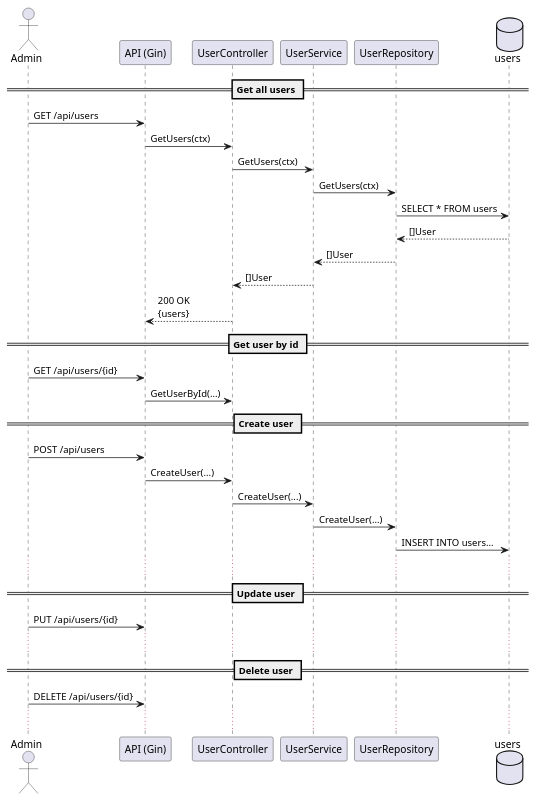
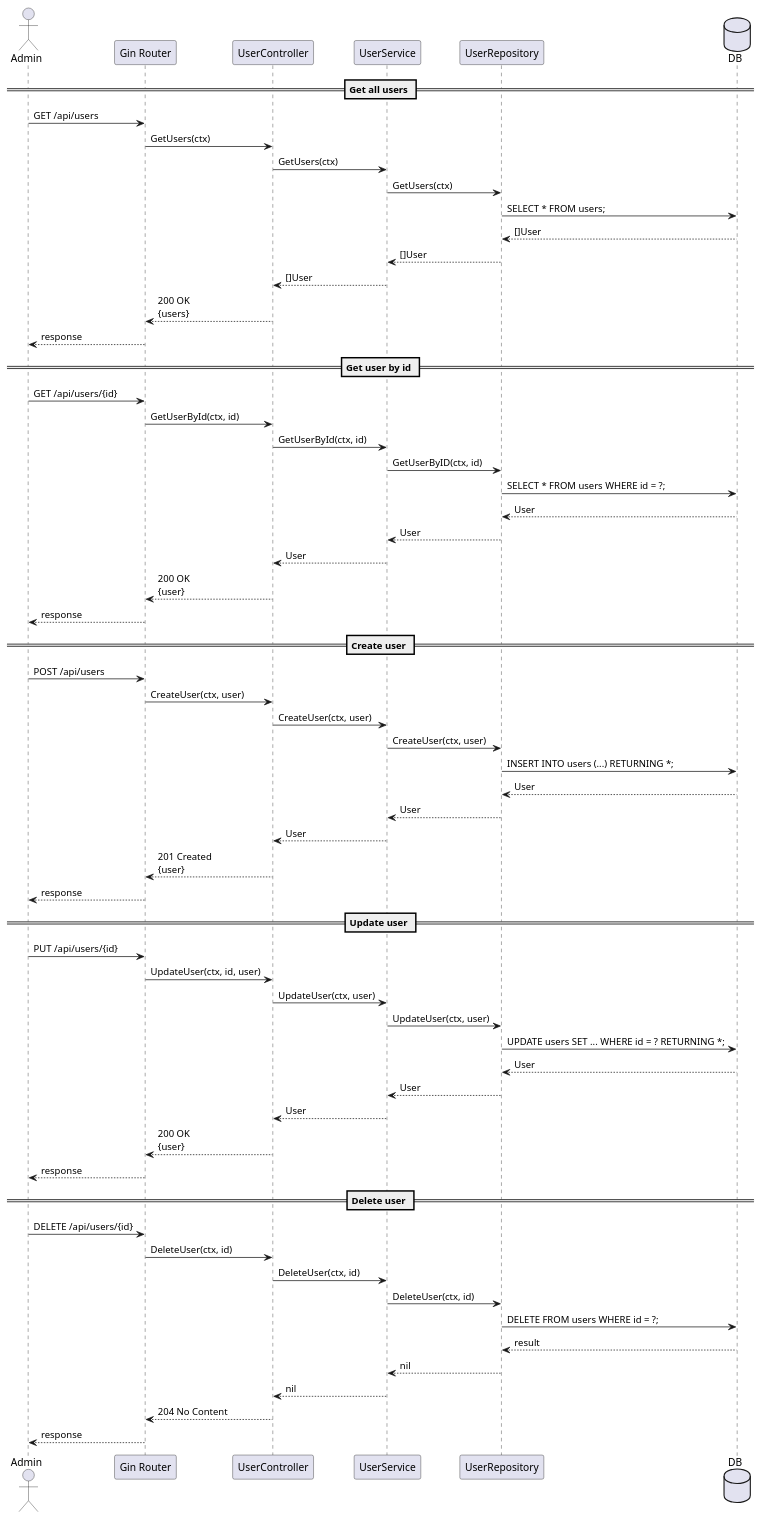
The diagram in diagram/crud_admin.puml (NurtileuRakhat/university_system), drawn with PlantUML before and after one commit. The commit also changed 76 other files, not shown here.

```diff
--- a/diagram/crud_admin.puml
+++ b/diagram/crud_admin.puml
@@ -1,39 +1,68 @@
 @startuml UserCRUD
 actor Admin
-participant "API (Gin)" as Api
+participant "Gin Router" as API
 participant UserController
 participant UserService
 participant UserRepository
-database users
+database DB
 
 == Get all users ==
-Admin -> Api: GET /api/users
-Api -> UserController: GetUsers(ctx)
+Admin -> API: GET /api/users
+API -> UserController: GetUsers(ctx)
 UserController -> UserService: GetUsers(ctx)
 UserService -> UserRepository: GetUsers(ctx)
-UserRepository -> users: SELECT * FROM users
-users --> UserRepository: []User
+UserRepository -> DB: SELECT * FROM users;
+DB --> UserRepository: []User
 UserRepository --> UserService: []User
 UserService --> UserController: []User
-UserController --> Api: 200 OK\n{users}
+UserController --> API: 200 OK\n{users}
+API --> Admin: response
 
 == Get user by id ==
-Admin -> Api: GET /api/users/{id}
-Api -> UserController: GetUserById(...)
+Admin -> API: GET /api/users/{id}
+API -> UserController: GetUserById(ctx, id)
+UserController -> UserService: GetUserById(ctx, id)
+UserService -> UserRepository: GetUserByID(ctx, id)
+UserRepository -> DB: SELECT * FROM users WHERE id = ?;
+DB --> UserRepository: User
+UserRepository --> UserService: User
+UserService --> UserController: User
+UserController --> API: 200 OK\n{user}
+API --> Admin: response
 
 == Create user ==
-Admin -> Api: POST /api/users
-Api -> UserController: CreateUser(...)
-UserController -> UserService: CreateUser(...)
-UserService -> UserRepository: CreateUser(...)
-UserRepository -> users: INSERT INTO users...
-...
+Admin -> API: POST /api/users
+API -> UserController: CreateUser(ctx, user)
+UserController -> UserService: CreateUser(ctx, user)
+UserService -> UserRepository: CreateUser(ctx, user)
+UserRepository -> DB: INSERT INTO users (...) RETURNING *;
+DB --> UserRepository: User
+UserRepository --> UserService: User
+UserService --> UserController: User
+UserController --> API: 201 Created\n{user}
+API --> Admin: response
 
 == Update user ==
-Admin -> Api: PUT /api/users/{id}
-...
+Admin -> API: PUT /api/users/{id}
+API -> UserController: UpdateUser(ctx, id, user)
+UserController -> UserService: UpdateUser(ctx, user)
+UserService -> UserRepository: UpdateUser(ctx, user)
+UserRepository -> DB: UPDATE users SET ... WHERE id = ? RETURNING *;
+DB --> UserRepository: User
+UserRepository --> UserService: User
+UserService --> UserController: User
+UserController --> API: 200 OK\n{user}
+API --> Admin: response
 
 == Delete user ==
-Admin -> Api: DELETE /api/users/{id}
-...
+Admin -> API: DELETE /api/users/{id}
+API -> UserController: DeleteUser(ctx, id)
+UserController -> UserService: DeleteUser(ctx, id)
+UserService -> UserRepository: DeleteUser(ctx, id)
+UserRepository -> DB: DELETE FROM users WHERE id = ?;
+DB --> UserRepository: result
+UserRepository --> UserService: nil
+UserService --> UserController: nil
+UserController --> API: 204 No Content
+API --> Admin: response
 @enduml
```
